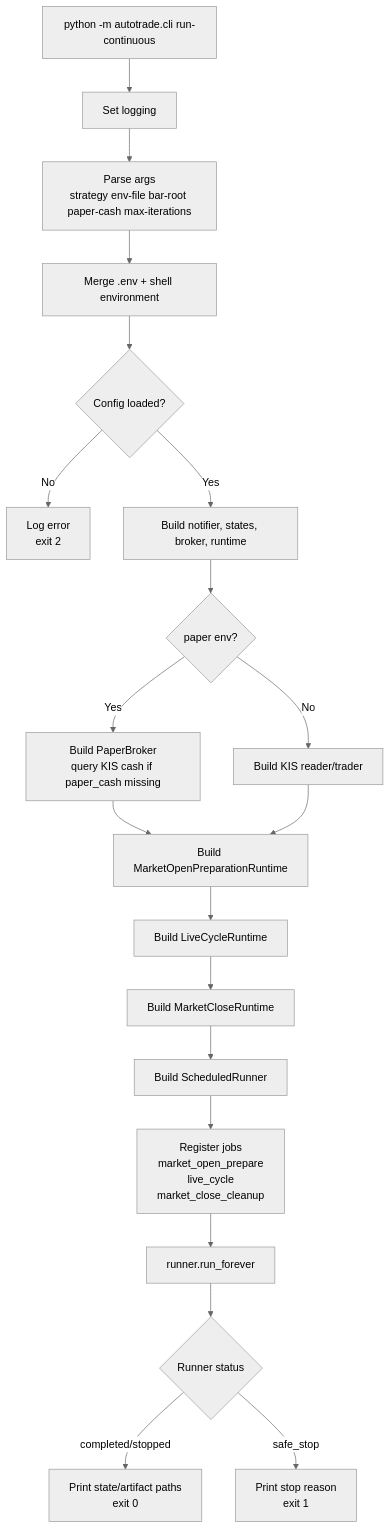
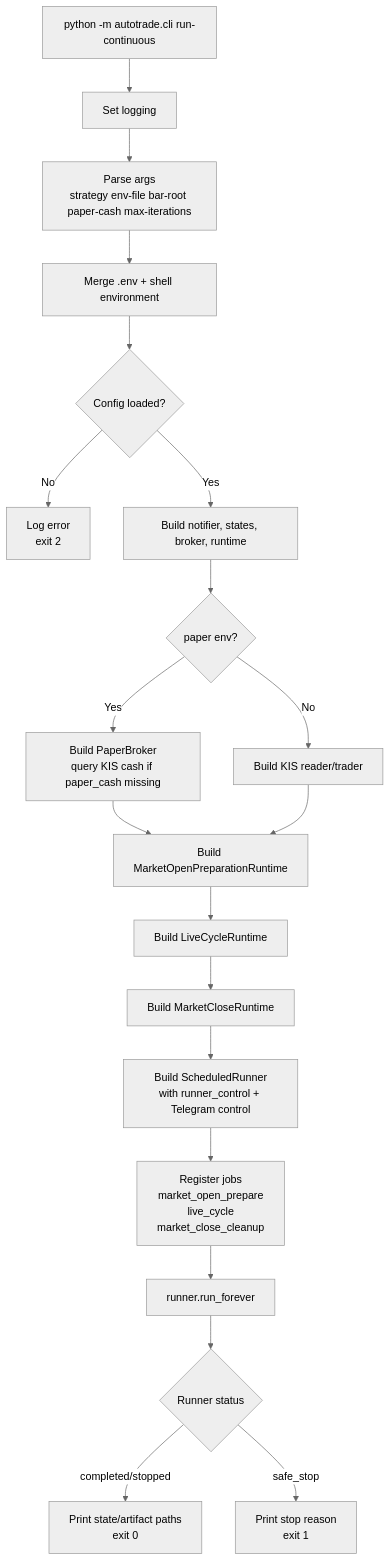
The first of 8 diagrams in docs/cli_run_continuous_flow.md (MQ813/AutoTrade), drawn with Mermaid (neutral theme) before and after one commit. The commit also changed other lines of this file and 24 other files, not shown here.

````diff
--- a/docs/cli_run_continuous_flow.md
+++ b/docs/cli_run_continuous_flow.md
@@ -7,22 +7,22 @@
 ```mermaid
 flowchart TD
     A[python -m autotrade.cli run-continuous] --> B[Set logging]
     B --> C[Parse args<br/>strategy env-file bar-root paper-cash max-iterations]
     C --> D[Merge .env + shell environment]
     D --> E{Config loaded?}
     E -->|No| E1[Log error<br/>exit 2]
     E -->|Yes| F[Build notifier, states, broker, runtime]
     F --> G{paper env?}
     G -->|Yes| H[Build PaperBroker<br/>query KIS cash if paper_cash missing]
     G -->|No| I[Build KIS reader/trader]
     H --> J[Build MarketOpenPreparationRuntime]
     I --> J
     J --> K[Build LiveCycleRuntime]
     K --> L[Build MarketCloseRuntime]
-    L --> M[Build ScheduledRunner]
+    L --> M[Build ScheduledRunner<br/>with runner_control + Telegram control]
     M --> N[Register jobs<br/>market_open_prepare<br/>live_cycle<br/>market_close_cleanup]
     N --> O[runner.run_forever]
     O --> P{Runner status}
     P -->|completed/stopped| Q[Print state/artifact paths<br/>exit 0]
     P -->|safe_stop| R[Print stop reason<br/>exit 1]
 ```
````
